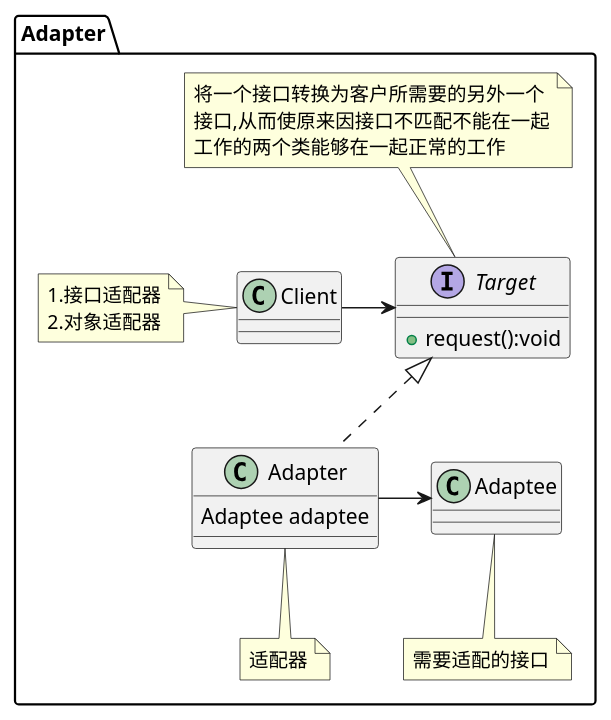
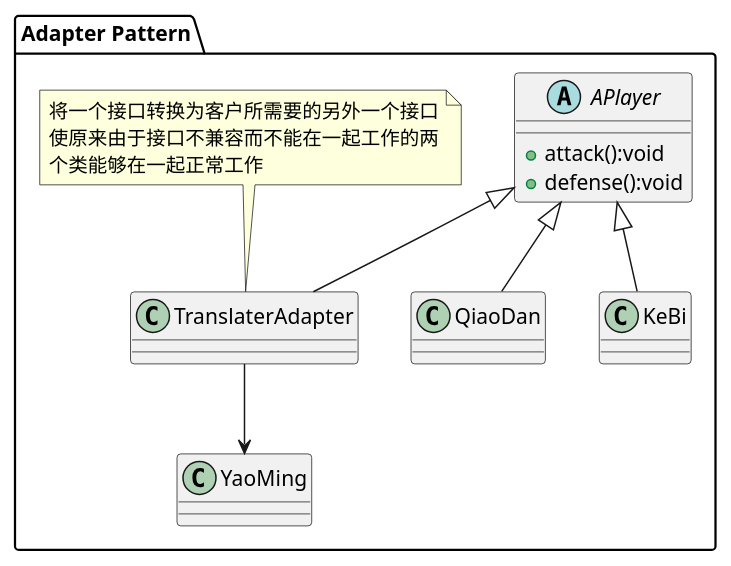
One commit to mxdldev/java-design-pattern changed the diagram in lib_design_pattern/src/main/java/com/mxdl/desigin/pattern/structure/a01_adapter/uml/Adapter.puml. Above: the diagram before and after it, drawn with PlantUML. The commit also changed 159 other files, not shown here.

```diff
--- a/lib_design_pattern/src/main/java/com/mxdl/desigin/pattern/structure/a01_adapter/uml/Adapter.puml
+++ b/lib_design_pattern/src/main/java/com/mxdl/desigin/pattern/structure/a01_adapter/uml/Adapter.puml
@@ -1,23 +1,17 @@
 @startuml
-package "Adapter"{
 
-    interface Target{
-        +request():void
+package "Adapter Pattern"{
+    abstract class APlayer{
+        +attack():void
+        +defense():void
     }
-    note top:将一个接口转换为客户所需要的另外一个\n接口,从而使原来因接口不匹配不能在一起\n工作的两个类能够在一起正常的工作
-    class Adapter
-      note bottom:适配器
-    class Adapter implements Target{
-        Adaptee adaptee
-    }
-
-    class Adaptee
-    note bottom:需要适配的接口
-    Adapter ->Adaptee
-
-    class Client
-    note left:1.接口适配器\n2.对象适配器
-    Client ->Target
+    class QiaoDan extends APlayer
+    class KeBi extends APlayer
+    class TranslaterAdapter extends APlayer
+    class TranslaterAdapter
+    note top:将一个接口转换为客户所需要的另外一个接口\n使原来由于接口不兼容而不能在一起工作的两\n个类能够在一起正常工作
+    TranslaterAdapter --> YaoMing
+    class YaoMing
 }
 
 @enduml
```
